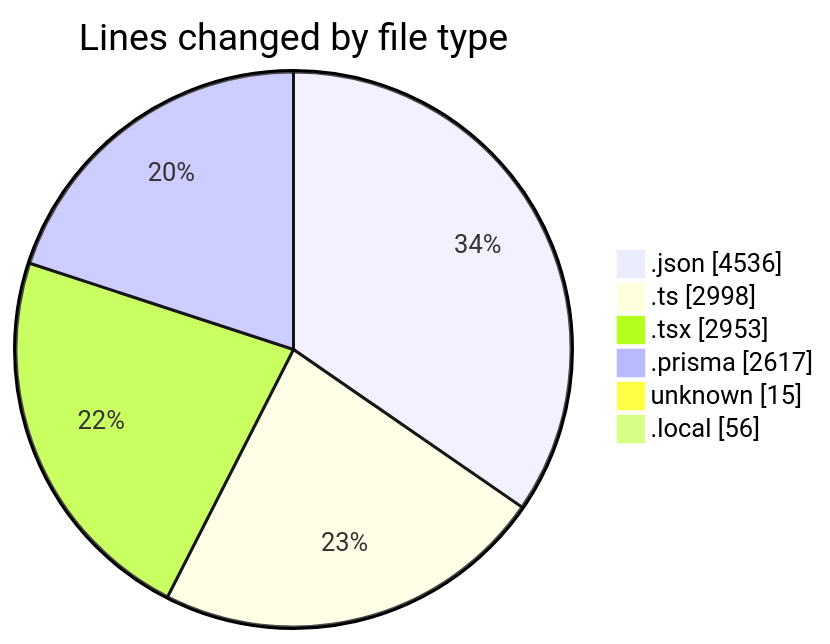
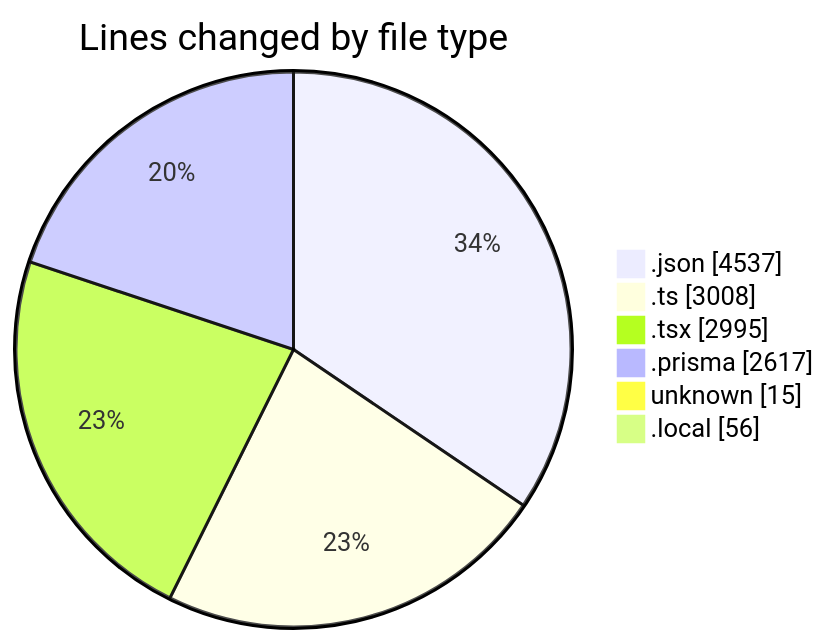
One commit to CELIANVF/code-tracking changed the first of 2 diagrams in 2025-05-15/ecodeli-1/README.md. Above: the diagram before and after it, drawn with Mermaid. The commit also changed other lines of this file and 1 other file, not shown here.

````diff
--- a/2025-05-15/ecodeli-1/README.md
+++ b/2025-05-15/ecodeli-1/README.md
@@ -42,10 +42,10 @@
 ```mermaid
 pie showData
 title Lines changed by file type
-".json" : 4536
-".ts" : 2998
-".tsx" : 2953
+".json" : 4537
+".ts" : 3008
+".tsx" : 2995
 ".prisma" : 2617
 "unknown" : 15
 ".local" : 56
 ```
````
